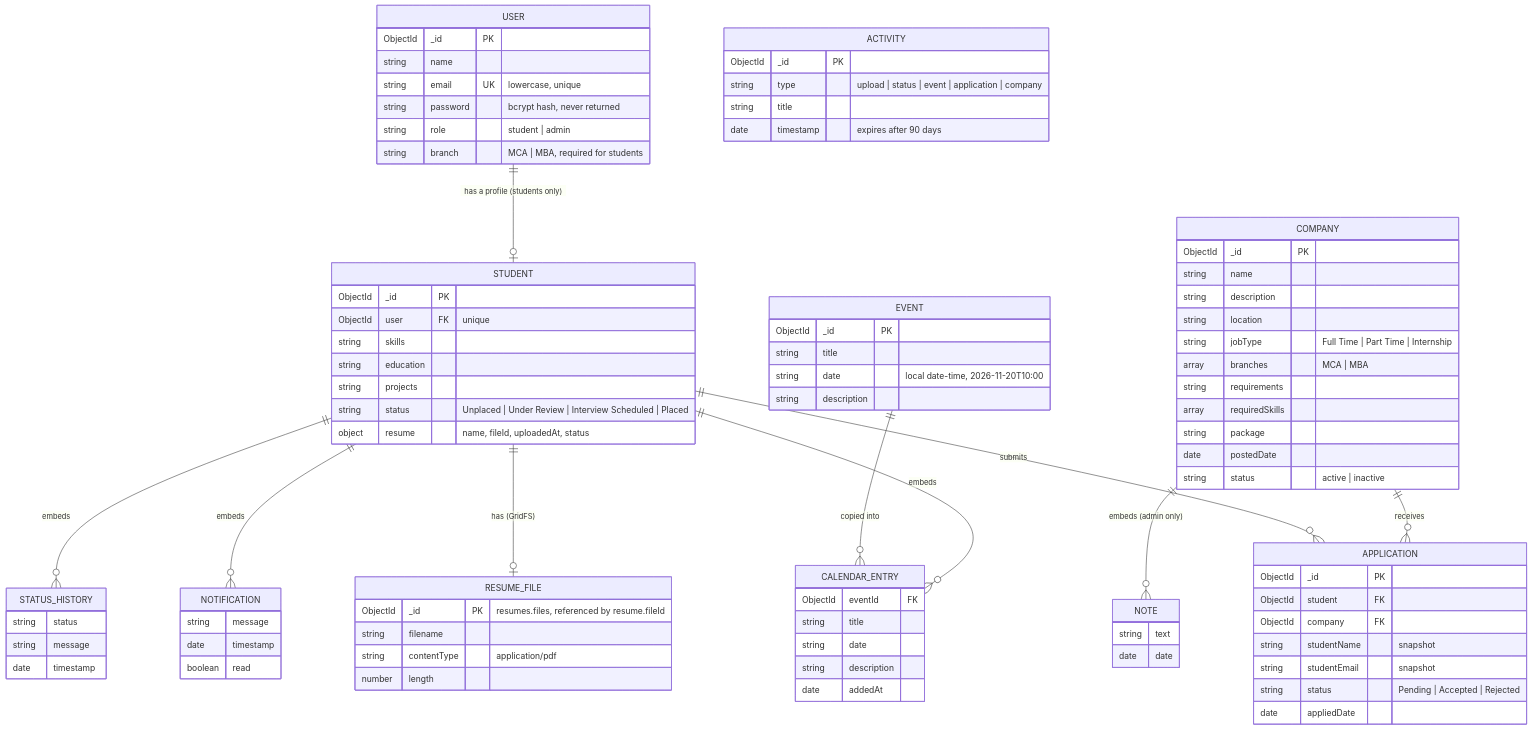
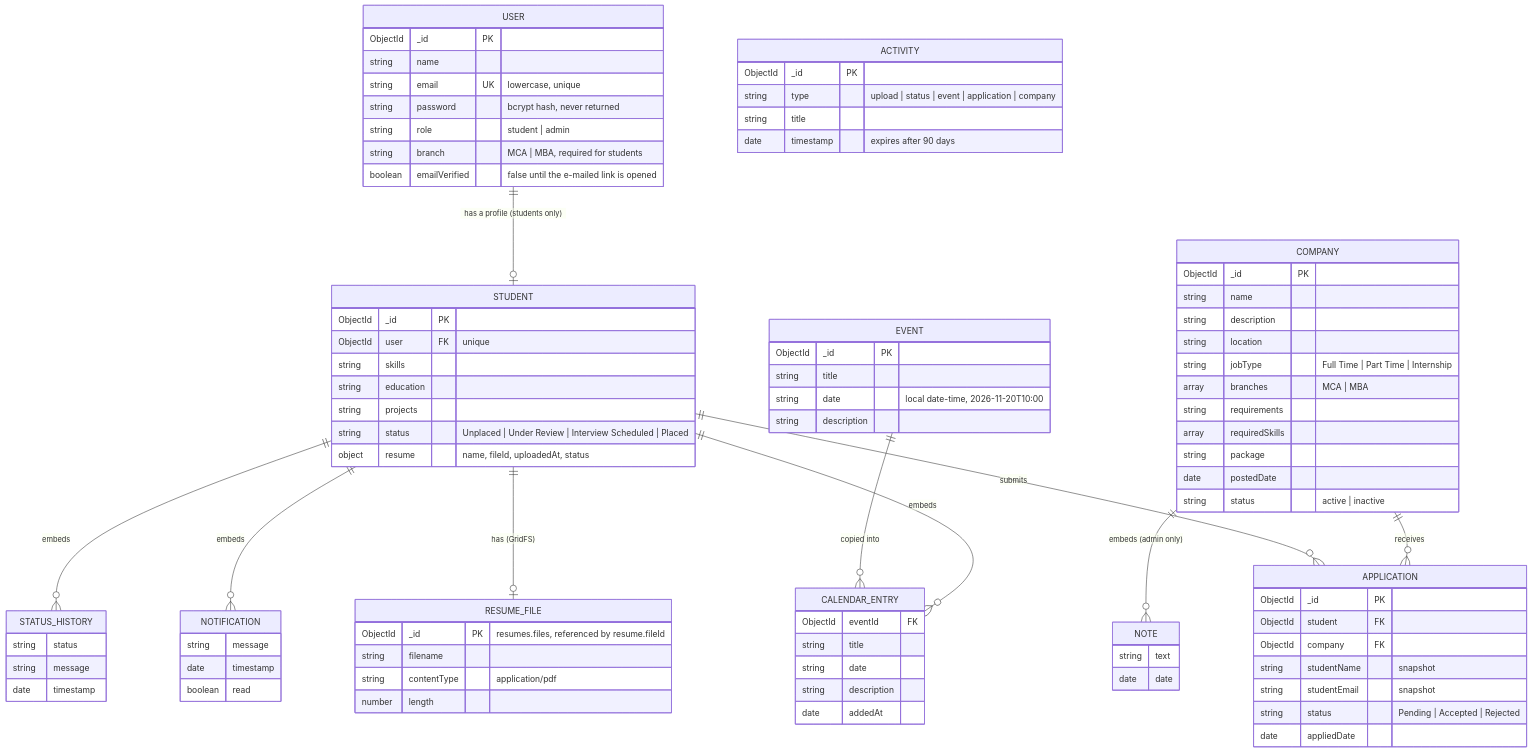
The diagram in docs/DATABASE.md (UmairBasharti/placement-management-system), drawn with Mermaid before and after one commit. The commit also changed other lines of this file and 5 other files, not shown here.

```diff
--- a/docs/DATABASE.md
+++ b/docs/DATABASE.md
@@ -23,6 +23,7 @@
         string password "bcrypt hash, never returned"
         string role "student | admin"
         string branch "MCA | MBA, required for students"
+        boolean emailVerified "false until the e-mailed link is opened"
     }
     STUDENT {
         ObjectId _id PK
```
